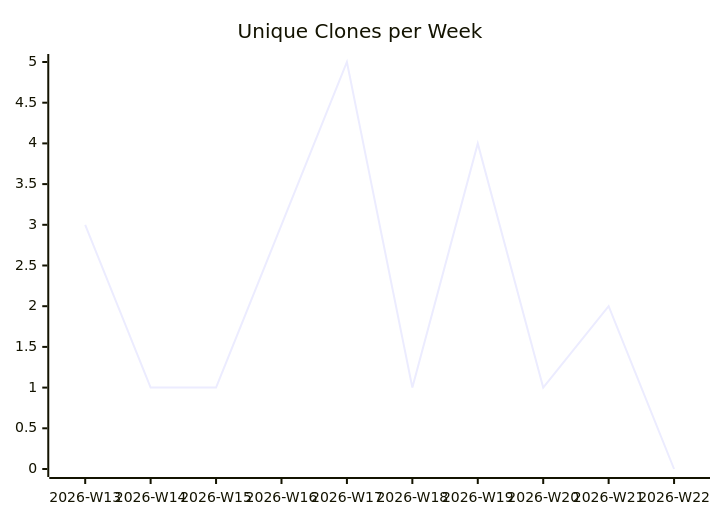
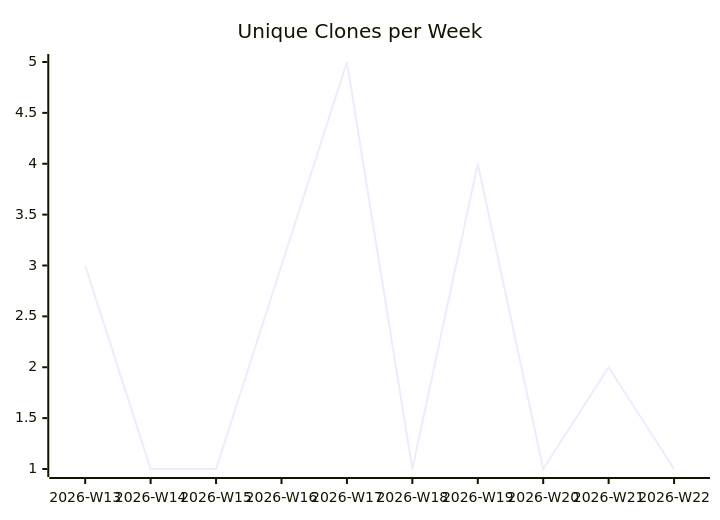
The third of 3 diagrams in karlmdavis/stockfighter-trades-solutions/README.md (justdavis-family/github-analytics-data), drawn with Mermaid before and after one commit. The commit also changed other lines of this file and 189 other files, not shown here.

````diff
--- a/karlmdavis/stockfighter-trades-solutions/README.md
+++ b/karlmdavis/stockfighter-trades-solutions/README.md
@@ -19,6 +19,6 @@
 ```mermaid
 xychart-beta
   title "Unique Clones per Week"
   x-axis ["2026-W13", "2026-W14", "2026-W15", "2026-W16", "2026-W17", "2026-W18", "2026-W19", "2026-W20", "2026-W21", "2026-W22"]
-  line [3, 1, 1, 3, 5, 1, 4, 1, 2, 0]
+  line [3, 1, 1, 3, 5, 1, 4, 1, 2, 1]
 ```
````
